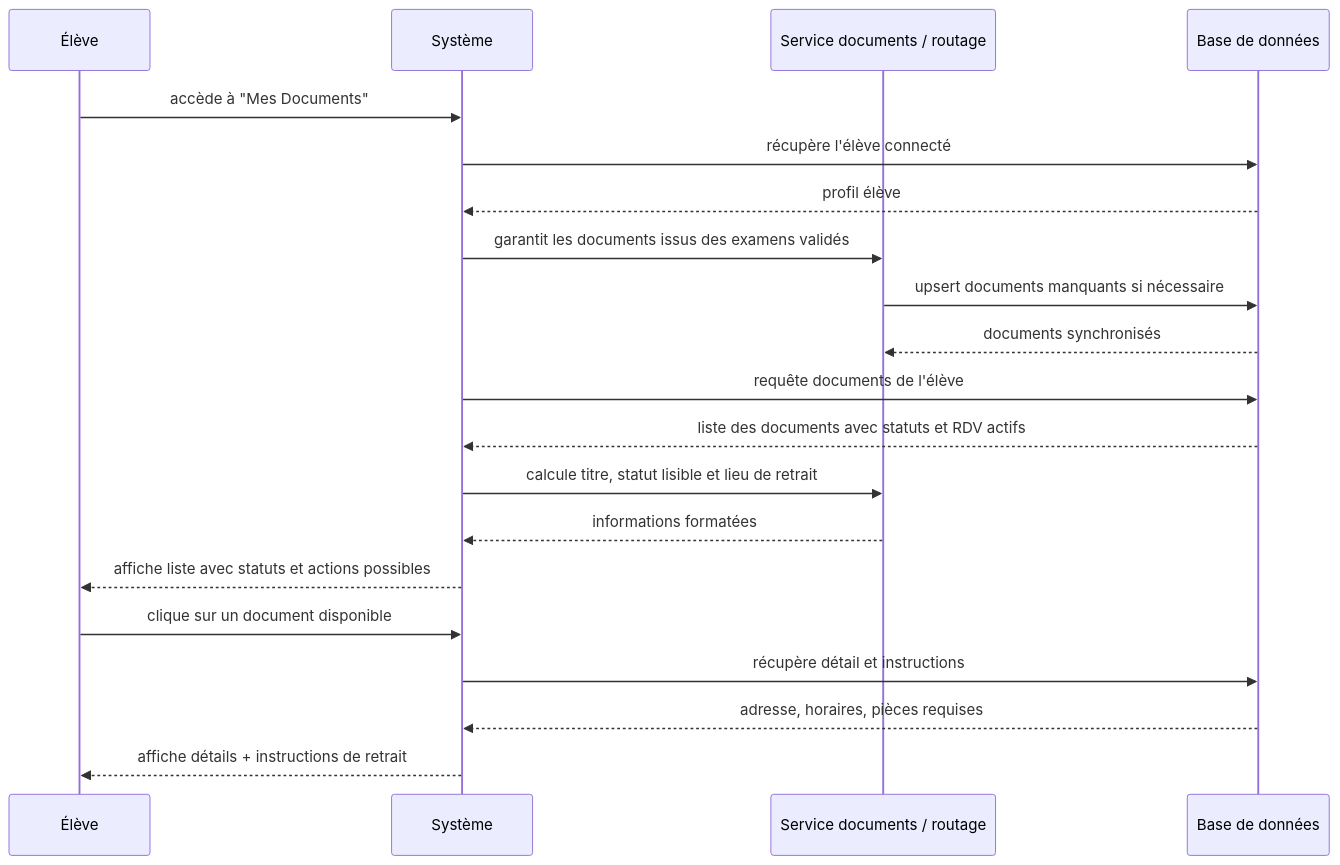
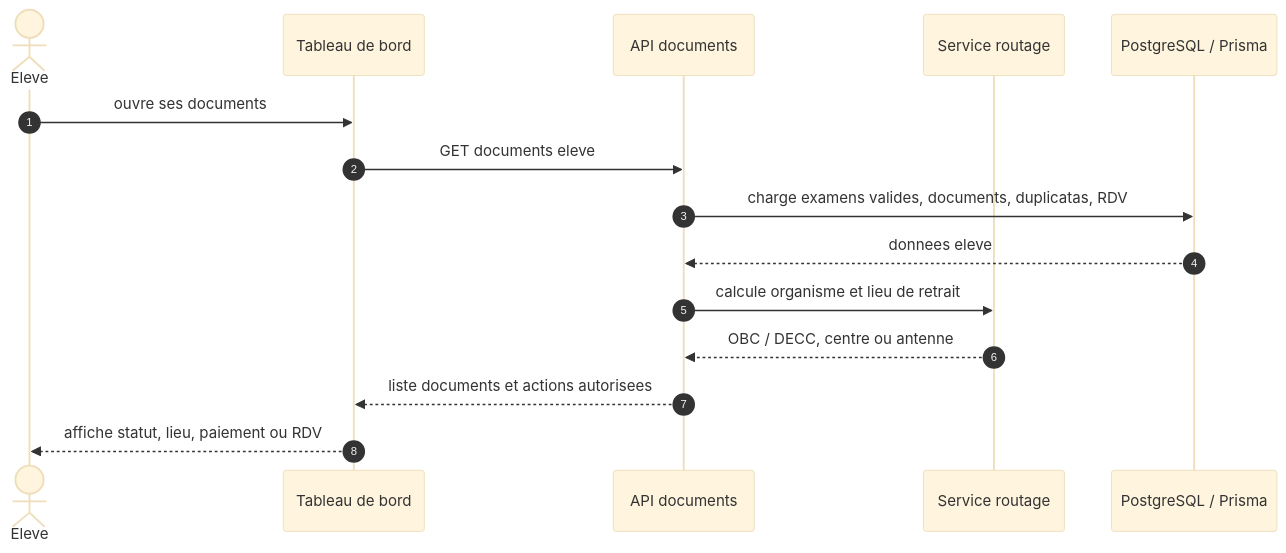
One commit to yoppanjikamf/application-demande-document-academique changed the diagram in docs/diagrammes-mermaid/sequence-03-consultation-documents-v2.mmd. Above: the diagram before and after it, drawn with Mermaid. The commit also changed 445 other files, not shown here.

```diff
--- a/docs/diagrammes-mermaid/sequence-03-consultation-documents-v2.mmd
+++ b/docs/diagrammes-mermaid/sequence-03-consultation-documents-v2.mmd
@@ -1,21 +1,17 @@
+%%{init: {"theme": "base", "themeVariables": {"fontFamily": "Arial", "fontSize": "20px"}}}%%
 sequenceDiagram
-    participant Eleve as Élève
-    participant Systeme as Système
-    participant Service as Service documents / routage
-    participant BDD as Base de données
+    autonumber
+    actor Eleve
+    participant UI as Tableau de bord
+    participant API as API documents
+    participant Route as Service routage
+    participant DB as PostgreSQL / Prisma
 
-    Eleve->>Systeme: accède à "Mes Documents"
-    Systeme->>BDD: récupère l'élève connecté
-    BDD-->>Systeme: profil élève
-    Systeme->>Service: garantit les documents issus des examens validés
-    Service->>BDD: upsert documents manquants si nécessaire
-    BDD-->>Service: documents synchronisés
-    Systeme->>BDD: requête documents de l'élève
-    BDD-->>Systeme: liste des documents avec statuts et RDV actifs
-    Systeme->>Service: calcule titre, statut lisible et lieu de retrait
-    Service-->>Systeme: informations formatées
-    Systeme-->>Eleve: affiche liste avec statuts et actions possibles
-    Eleve->>Systeme: clique sur un document disponible
-    Systeme->>BDD: récupère détail et instructions
-    BDD-->>Systeme: adresse, horaires, pièces requises
-    Systeme-->>Eleve: affiche détails + instructions de retrait
+    Eleve->>UI: ouvre ses documents
+    UI->>API: GET documents eleve
+    API->>DB: charge examens valides, documents, duplicatas, RDV
+    DB-->>API: donnees eleve
+    API->>Route: calcule organisme et lieu de retrait
+    Route-->>API: OBC / DECC, centre ou antenne
+    API-->>UI: liste documents et actions autorisees
+    UI-->>Eleve: affiche statut, lieu, paiement ou RDV
```
